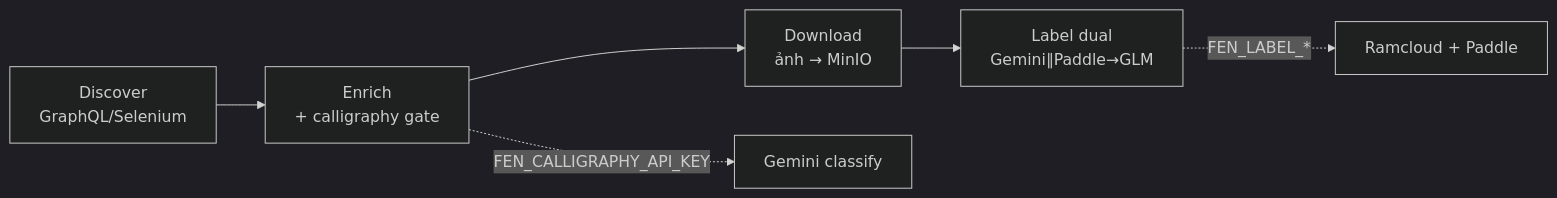
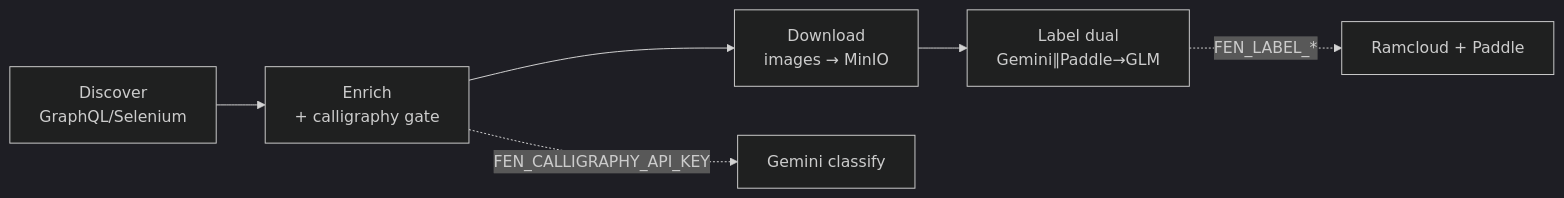
Before and after one commit to tuancaokaizen/hcmus_nlp_final_exam: the fourth of 4 diagrams in docs/PIPELINE_BUILD_DEPLOY_RUN.md, drawn with Mermaid (dark theme). The commit also changed other lines of this file and 6 other files, not shown here.

````diff
--- a/docs/PIPELINE_BUILD_DEPLOY_RUN.md
+++ b/docs/PIPELINE_BUILD_DEPLOY_RUN.md
@@ -319,9 +319,9 @@
 ```mermaid
 flowchart LR
   D[Discover<br/>GraphQL/Selenium] --> E[Enrich<br/>+ calligraphy gate]
-  E --> DL[Download<br/>ảnh → MinIO]
+  E --> DL[Download<br/>images → MinIO]
   DL --> LD[Label dual<br/>Gemini∥Paddle→GLM]
   LD -.->|FEN_LABEL_*| API[Ramcloud + Paddle]
 
   E -.->|FEN_CALLIGRAPHY_API_KEY| GEM1[Gemini classify]
 ```
````
